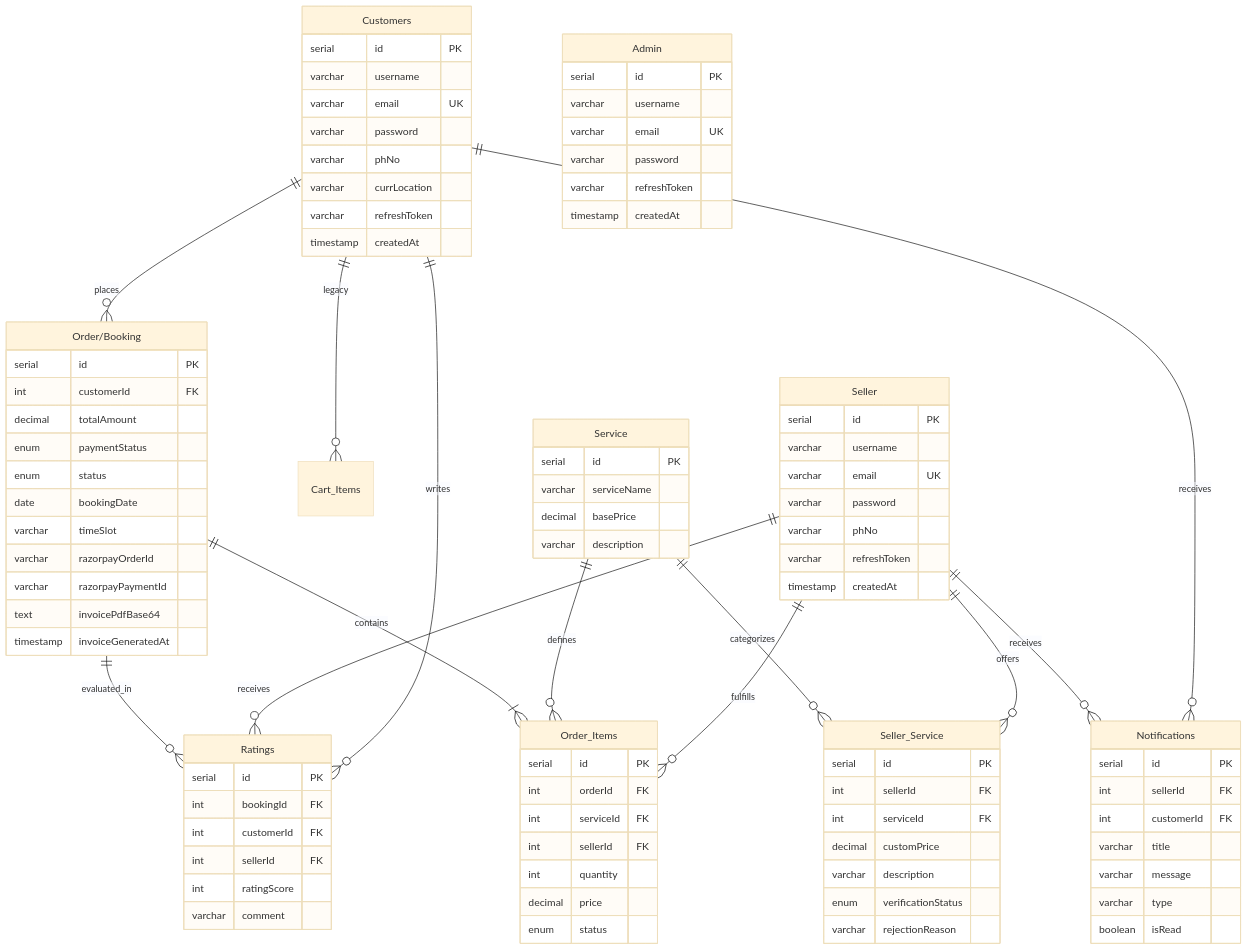
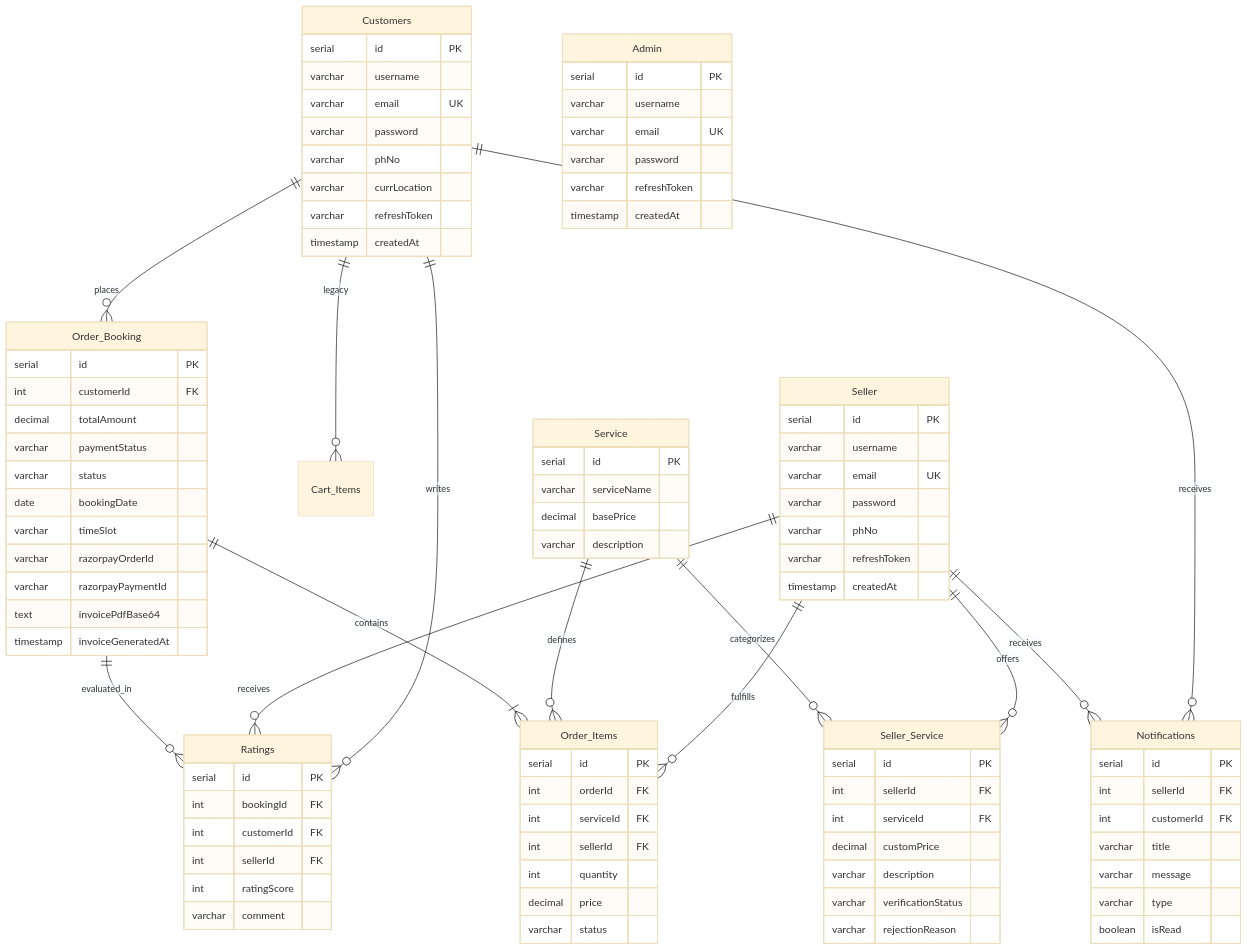
The fourth of 4 diagrams in README.md (guddu-debasis/HomeCare), drawn with Mermaid (base theme) before and after one commit. The commit also changed other lines of this file, not shown here.

````diff
--- a/README.md
+++ b/README.md
@@ -335,6 +335,6 @@
 ```mermaid
 erDiagram
-    Customers ||--o{ "Order/Booking" : places
+    Customers ||--o{ Order_Booking : places
     Customers ||--o{ Ratings : writes
     Customers ||--o{ Notifications : receives
     Customers ||--o{ Cart_Items : legacy
@@ -347,8 +347,8 @@
     Service ||--o{ Seller_Service : categorizes
     Service ||--o{ Order_Items : defines
 
-    "Order/Booking" ||--|{ Order_Items : contains
-    "Order/Booking" ||--o{ Ratings : evaluated_in
+    Order_Booking ||--|{ Order_Items : contains
+    Order_Booking ||--o{ Ratings : evaluated_in
 
     Customers {
         serial id PK
@@ -393,16 +393,16 @@
         int serviceId FK
         decimal customPrice
         varchar description
-        enum verificationStatus
+        varchar verificationStatus
         varchar rejectionReason
     }
 
-    "Order/Booking" {
+    Order_Booking {
         serial id PK
         int customerId FK
         decimal totalAmount
-        enum paymentStatus
-        enum status
+        varchar paymentStatus
+        varchar status
         date bookingDate
         varchar timeSlot
         varchar razorpayOrderId
@@ -418,7 +418,7 @@
         int sellerId FK
         int quantity
         decimal price
-        enum status
+        varchar status
     }
 
     Ratings {
````
